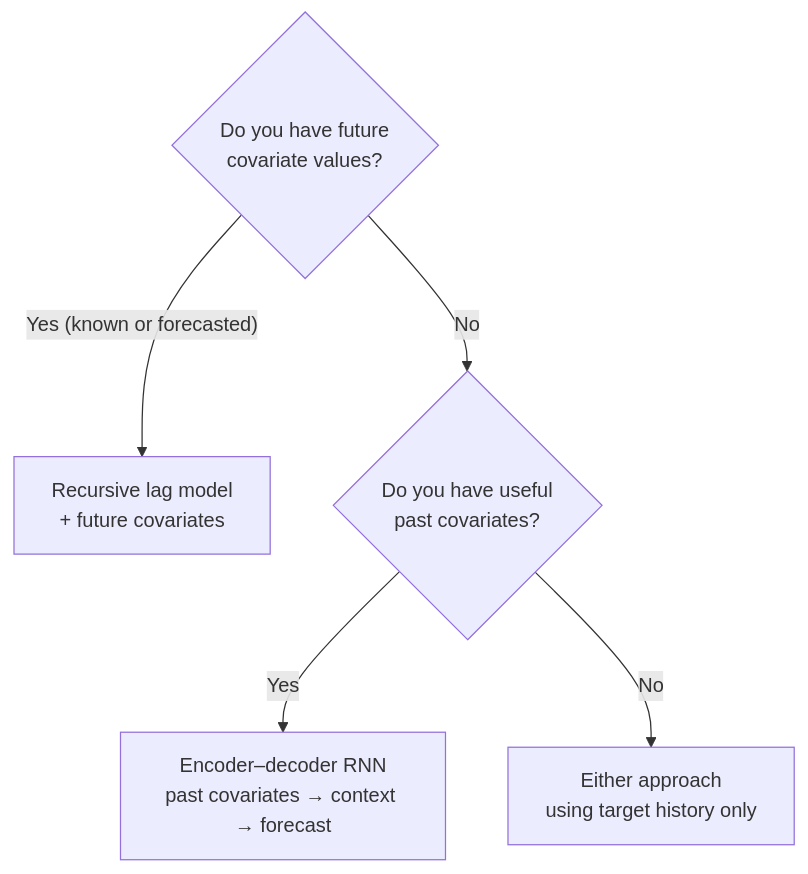
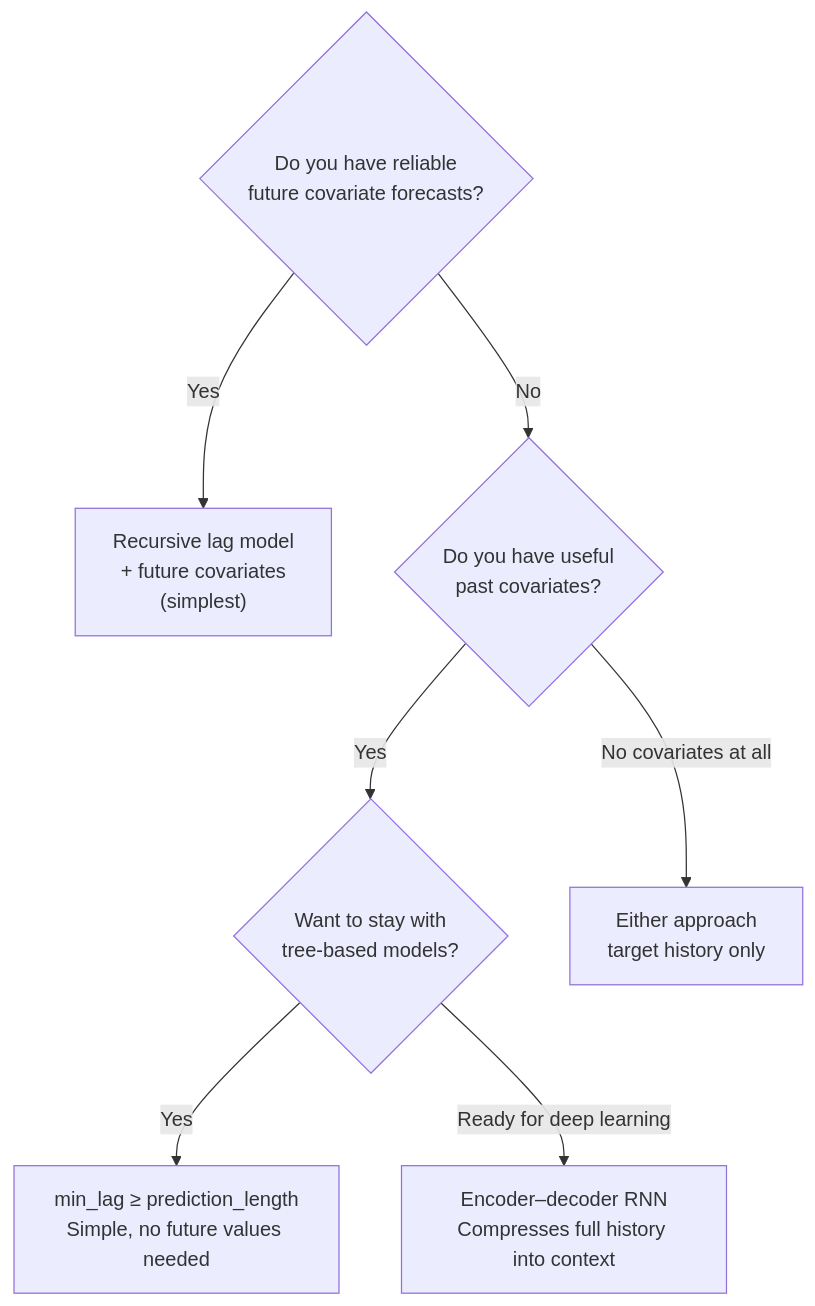
Before and after one commit to knutdrand/simple_multistep_model: the sixth of 6 diagrams in slides.md, drawn with Mermaid. The commit also changed other lines of this file, not shown here.

First line of the commit message:
Update slides: motivation slide, min_lag trick, and concrete lagging examples

````diff
--- a/slides.md
+++ b/slides.md
@@ -410,8 +475,10 @@
 ```mermaid
 flowchart TD
-    Q{"Do you have future\ncovariate values?"}
-    Q --> |"Yes (known or forecasted)"| R["Recursive lag model\n+ future covariates"]
+    Q{"Do you have reliable\nfuture covariate forecasts?"}
+    Q --> |"Yes"| R["Recursive lag model\n+ future covariates\n(simplest)"]
     Q --> |"No"| Q2{"Do you have useful\npast covariates?"}
-    Q2 --> |"Yes"| ED["Encoder–decoder RNN\npast covariates → context → forecast"]
-    Q2 --> |"No"| S["Either approach\nusing target history only"]
+    Q2 --> |"Yes"| Q3{"Want to stay with\ntree-based models?"}
+    Q2 --> |"No covariates at all"| S["Either approach\ntarget history only"]
+    Q3 --> |"Yes"| ML["min_lag ≥ prediction_length\nSimple, no future values needed"]
+    Q3 --> |"Ready for deep learning"| ED["Encoder–decoder RNN\nCompresses full history into context"]
 ```
````
